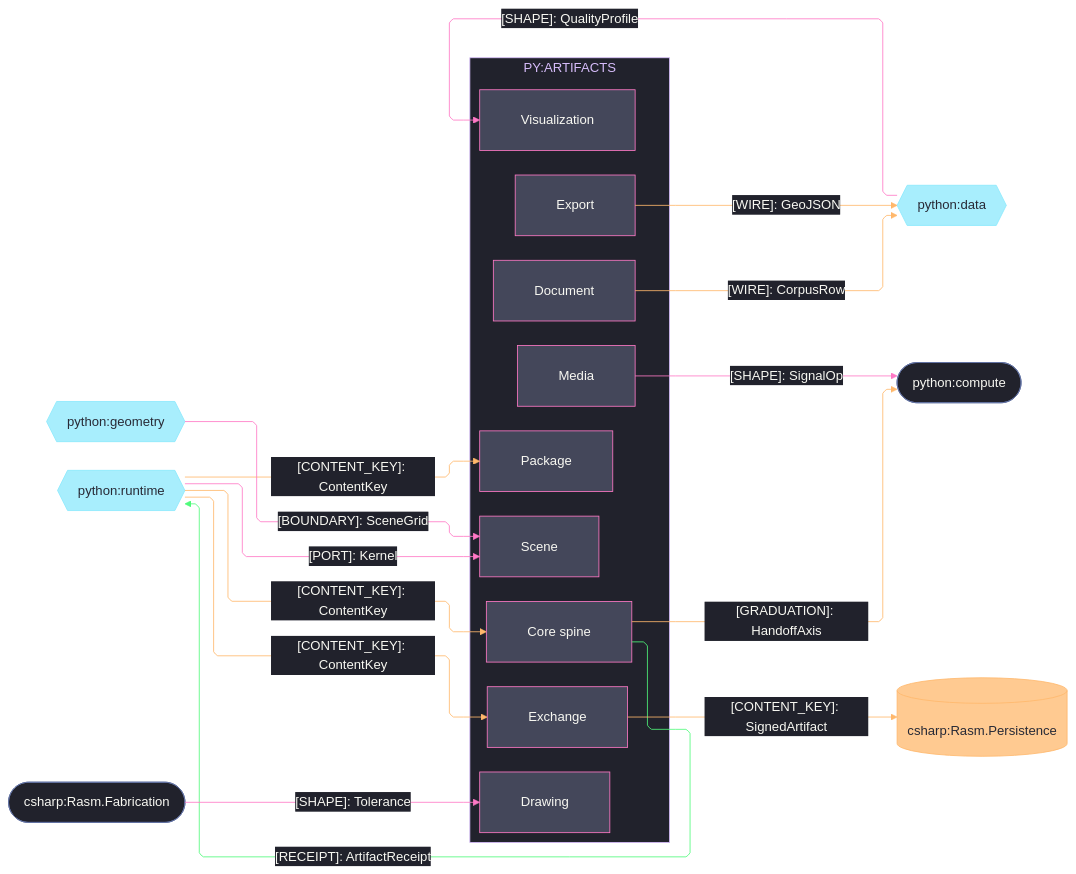
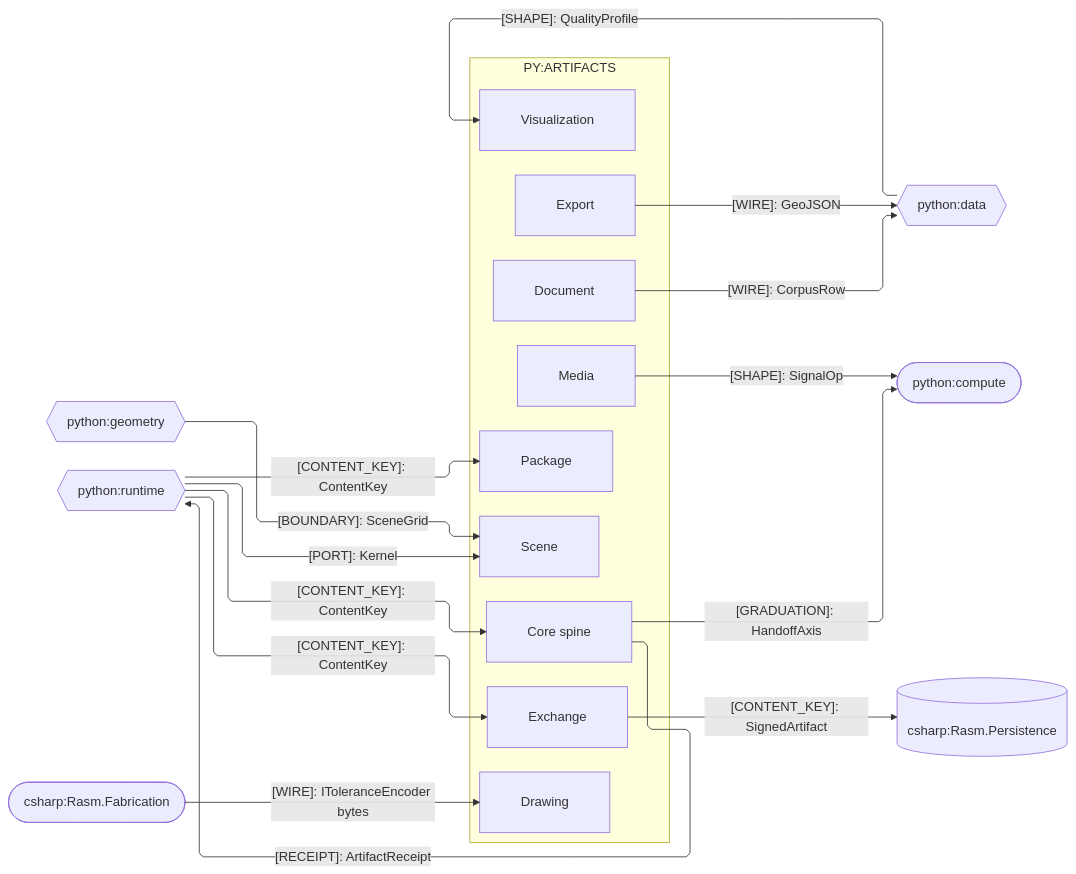
One commit to bsamiee/Rasm changed the first of 3 diagrams in libs/python/artifacts/ARCHITECTURE.md. Above: the diagram before and after it, drawn with Mermaid. The commit also changed other lines of this file and 460 other files, not shown here.

````diff
--- a/libs/python/artifacts/ARCHITECTURE.md
+++ b/libs/python/artifacts/ARCHITECTURE.md
@@ -105,75 +104,42 @@
 ```mermaid
 ---
 config:
-  theme: base
-  look: classic
   layout: elk
   flowchart:
     curve: linear
     padding: 25
-  themeVariables:
-    darkMode: true
-    fontFamily: "SF Mono, Menlo, Cascadia Mono, Segoe UI Mono, Consolas, monospace"
-    useGradient: false
-    dropShadow: "none"
-    background: "#282A36"
-    primaryColor: "#44475A"
-    primaryTextColor: "#F8F8F2"
-    primaryBorderColor: "#BD93F9"
-    lineColor: "#FF79C6"
-    textColor: "#F8F8F2"
-    clusterBkg: "#21222C"
-    clusterBorder: "#D6BCFA"
-    edgeLabelBackground: "#21222C"
-    labelBackgroundColor: "#21222C"
-    titleColor: "#D6BCFA"
-  themeCSS: ".nodeLabel{font-size:13px;font-weight:500}.edgeLabel{font-size:12px;font-weight:500}.cluster-label .nodeLabel{font-size:13.5px;font-weight:700;letter-spacing:.08em}.edge-thickness-normal{stroke-width:2px}.edge-thickness-thick{stroke-width:3px}.edge-pattern-dashed,.edge-pattern-dotted{stroke-width:1.5px;stroke-dasharray:4 6}.node rect,.node circle,.node polygon,.node path,.node .outer-path{stroke-width:1.5px;filter:none!important}.cluster rect{stroke-width:1px!important;stroke-dasharray:5 4!important;filter:none!important}.marker path{transform:scale(.8);transform-origin:5px 5px}.marker circle{transform:scale(.48);transform-origin:5px 5px}.edgeLabel rect{transform-box:fill-box;transform-origin:center;transform:scale(1.1,1.2)}"
 ---
 flowchart LR
     accTitle: Artifacts package seam registry
-    accDescr: Artifacts sub-domain owners exchanging content keys, receipts, wires, and shapes with the Python runtime, data, compute, and geometry peers and the Persistence and Fabrication C# packages, edge rails colored by kind and nodes classed by seam direction.
+    accDescr: Artifacts sub-domain owners exchanging content keys, receipts, wires, and shapes with the Python runtime, data, compute, and geometry peers and the Persistence and Fabrication C# packages, one edge per contract family.
     subgraph artifacts[PY:ARTIFACTS]
         Core[Core spine]
         Document[Document]
         Visualization[Visualization]
         Drawing[Drawing]
         Media[Media]
         Scene[Scene]
         Export[Export]
         Exchange[Exchange]
         Package[Package]
     end
     Geometry{{python:geometry}}
     Runtime{{python:runtime}}
     Data{{python:data}}
     Compute([python:compute])
     Persistence[(csharp:Rasm.Persistence)]
     Fabrication([csharp:Rasm.Fabrication])
     Runtime e1@-->|"[CONTENT_KEY]: ContentKey"| Core
     Core e2@-->|"[RECEIPT]: ArtifactReceipt"| Runtime
     Runtime e3@-->|"[CONTENT_KEY]: ContentKey"| Exchange
     Runtime e4@-->|"[CONTENT_KEY]: ContentKey"| Package
     Core e5@-->|"[GRADUATION]: HandoffAxis"| Compute
     Media e6@-->|"[SHAPE]: SignalOp"| Compute
     Document e7@-->|"[WIRE]: CorpusRow"| Data
     Export e8@-->|"[WIRE]: GeoJSON"| Data
     Data e9@-->|"[SHAPE]: QualityProfile"| Visualization
-    Fabrication e11@-->|"[SHAPE]: Tolerance"| Drawing
+    Fabrication e11@-->|"[WIRE]: IToleranceEncoder bytes"| Drawing
     Geometry e12@-->|"[BOUNDARY]: SceneGrid"| Scene
     Exchange e13@-->|"[CONTENT_KEY]: SignedArtifact"| Persistence
     Runtime e14@-->|"[PORT]: Kernel"| Scene
-    classDef primary fill:#44475A,stroke:#FF79C6,color:#F8F8F2
-    classDef external fill:#8BE9FDBF,stroke:#8BE9FD,color:#282A36
-    classDef data fill:#FFB86CBF,stroke:#FFB86C,color:#282A36
-    classDef recessed fill:#21222C,stroke:#6272A4,color:#F8F8F2
-    classDef edgeData stroke:#FFB86C,color:#F8F8F2
-    classDef edgeSuccess stroke:#50FA7B,color:#F8F8F2
-    classDef edgeControl stroke:#FF79C6,color:#F8F8F2
-    class Core,Document,Visualization,Drawing,Media,Scene,Export,Exchange,Package primary
-    class Runtime,Data,Geometry external
-    class Persistence data
-    class Compute,Fabrication recessed
-    class e1,e3,e4,e5,e7,e8,e13 edgeData
-    class e2 edgeSuccess
-    class e6,e9,e11,e12,e14 edgeControl
 ```
````
